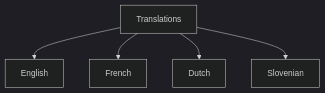
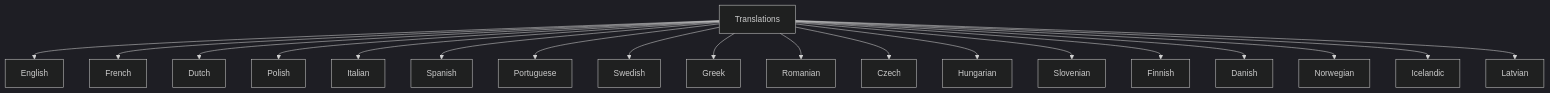
Before and after one commit to xdubois-57/iwanttobe.be-paid: the third of 5 diagrams in DESIGN.md, drawn with Mermaid (dark theme). The commit also changed other lines of this file and 18 other files, not shown here.

````diff
--- a/DESIGN.md
+++ b/DESIGN.md
@@ -102,7 +102,21 @@
 ```mermaid
 graph TD
     T[Translations] --> EN[English]
     T --> FR[French]
     T --> NL[Dutch]
+    T --> PL[Polish]
+    T --> IT[Italian]
+    T --> ES[Spanish]
+    T --> PT[Portuguese]
+    T --> SV[Swedish]
+    T --> EL[Greek]
+    T --> RO[Romanian]
+    T --> CS[Czech]
+    T --> HU[Hungarian]
     T --> SL[Slovenian]
+    T --> FI[Finnish]
+    T --> DA[Danish]
+    T --> NO[Norwegian]
+    T --> IS[Icelandic]
+    T --> LV[Latvian]
 ```
````
